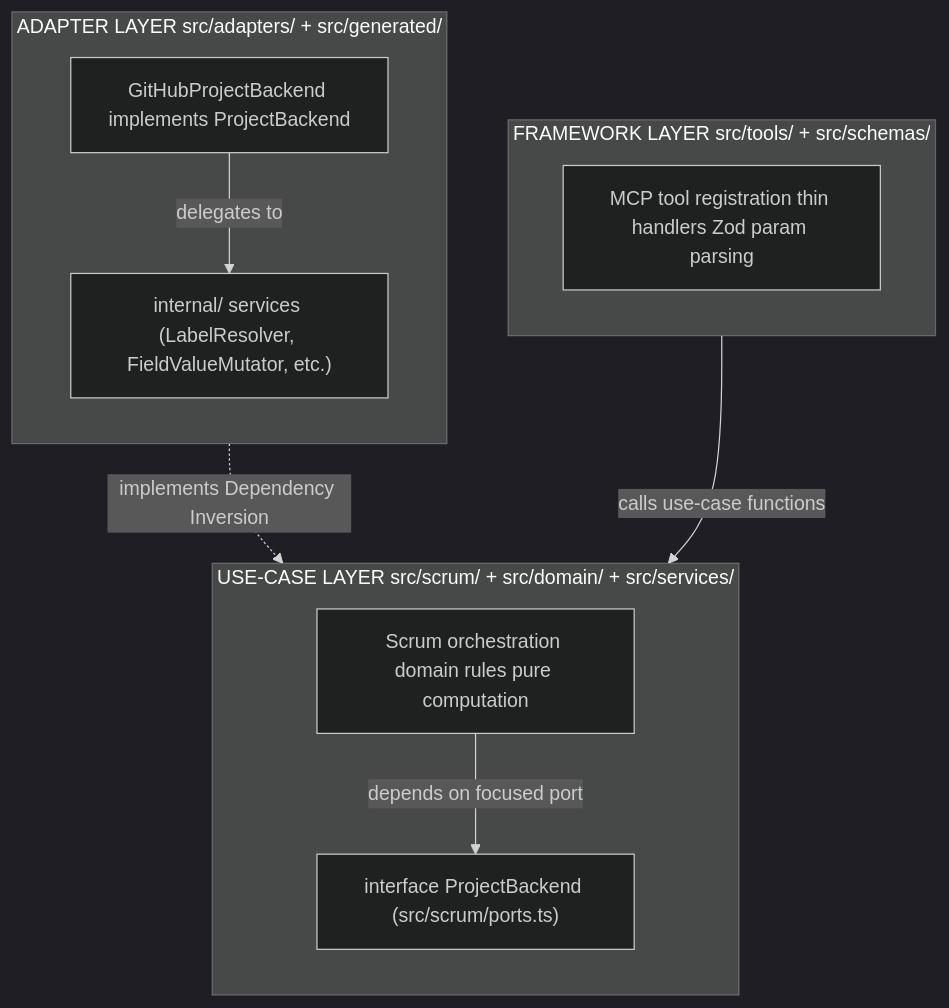
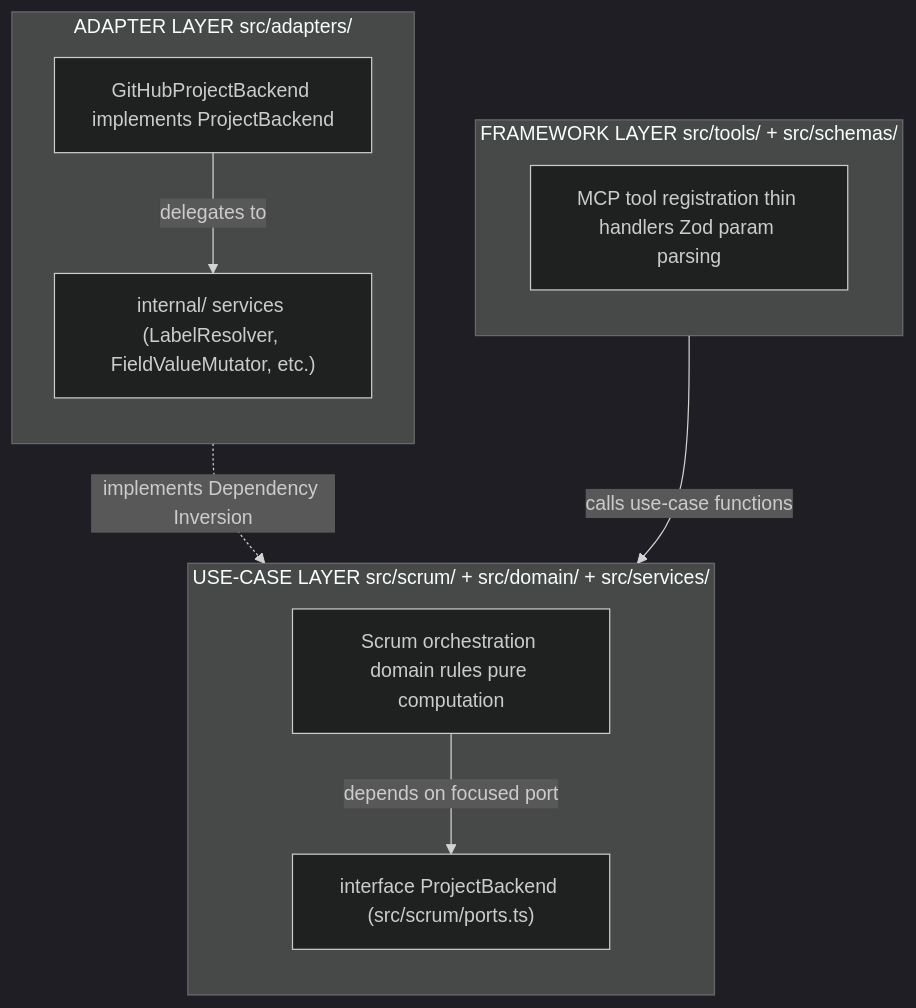
The diagram in AGENT.md (hoonsubin/github-projects-mcp-server), drawn with Mermaid (dark theme) before and after one commit. The commit also changed 10 other files, not shown here.

````diff
--- a/AGENT.md
+++ b/AGENT.md
@@ -16,25 +16,25 @@
 ```mermaid
 flowchart TD
 
   subgraph Framework["FRAMEWORK LAYER src/tools/ + src/schemas/"]
     direction TB
     FW["MCP tool registration thin handlers Zod param parsing"]
   end
 
   subgraph UseCase["USE-CASE LAYER src/scrum/ + src/domain/ + src/services/"]
     direction TB
     UC["Scrum orchestration domain rules pure computation"]
     PB["interface ProjectBackend (src/scrum/ports.ts)"]
   end
 
-  subgraph Adapter["ADAPTER LAYER src/adapters/ + src/generated/"]
+  subgraph Adapter["ADAPTER LAYER src/adapters/"]
     direction TB
     AD["GitHubProjectBackend implements ProjectBackend"]
     SVC["internal/ services (LabelResolver, FieldValueMutator, etc.)"]
     AD -->|delegates to| SVC
   end
 
   FW -->|calls use-case functions| UC
   UC -->|depends on focused port| PB
   AD -.->|implements Dependency Inversion| PB
 ```
````
